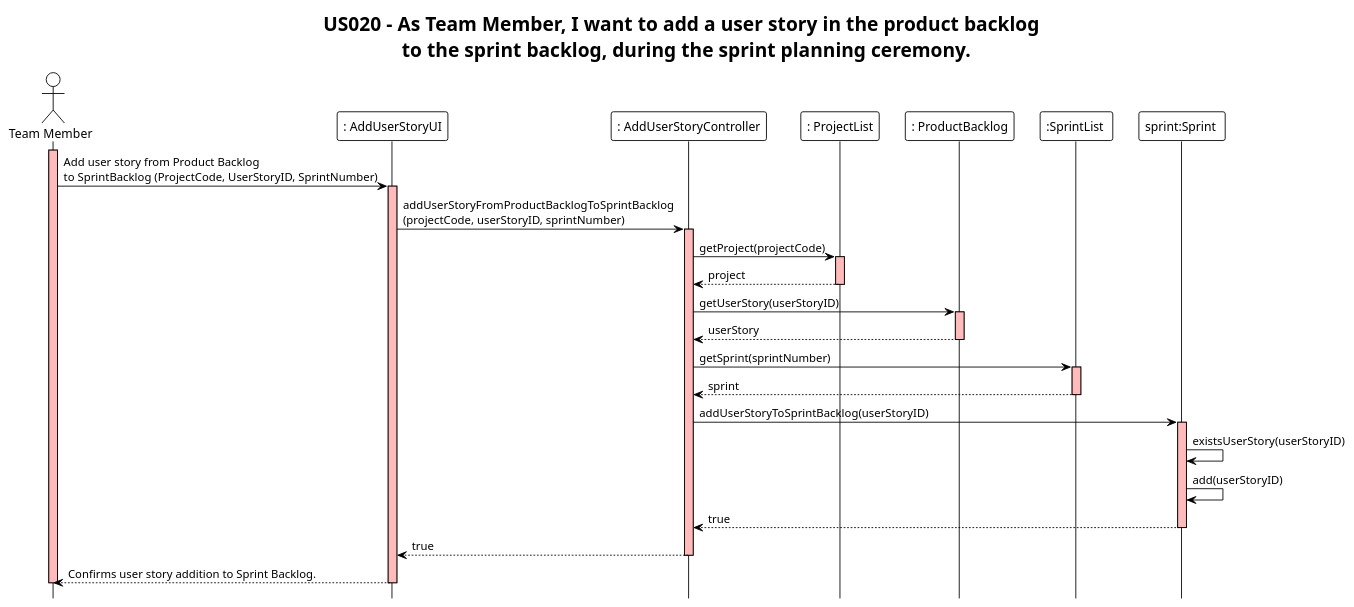
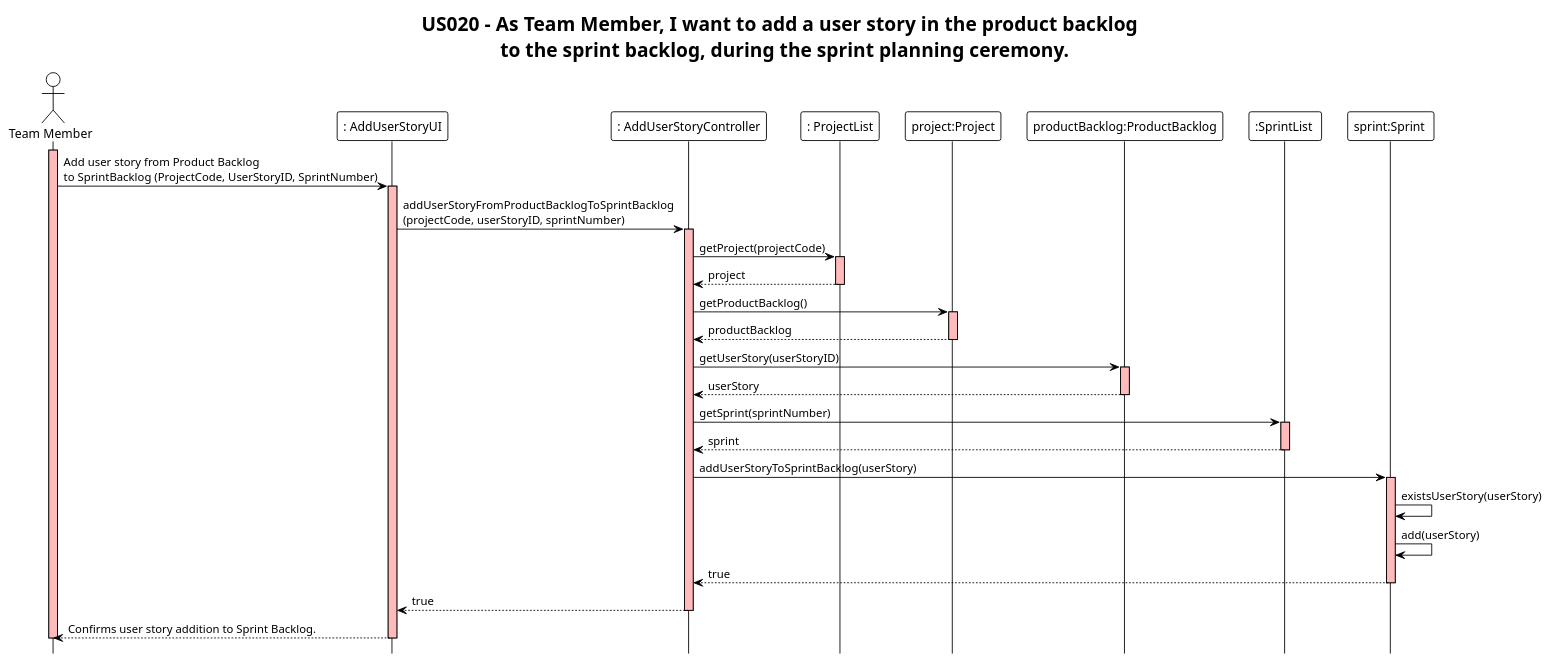
One commit to ivo-menezes/project_g3 changed the diagram in docs/modelling_design/user_stories/us020/US020_AddUserStoryFromProductBacklogToSprintBacklogSD.puml. Above: the diagram before and after it, drawn with PlantUML.

Commit message:
Design: US020: update SD

```diff
--- a/docs/modelling_design/user_stories/us020/US020_AddUserStoryFromProductBacklogToSprintBacklogSD.puml
+++ b/docs/modelling_design/user_stories/us020/US020_AddUserStoryFromProductBacklogToSprintBacklogSD.puml
@@ -1,48 +1,55 @@
 @startuml
 !theme plain
 hide footbox
 title US020 - As Team Member, I want to add a user story in the product backlog \n to the sprint backlog, during the sprint planning ceremony.
 
 actor "Team Member" as user
 participant ": AddUserStoryUI" as UI
 participant ": AddUserStoryController" as Controller
 participant ": ProjectList" as ProjectList
-participant ": ProductBacklog" as ProductBacklog
+participant "project:Project" as Project
+participant "productBacklog:ProductBacklog" as ProductBacklog
 participant ":SprintList " as SprintList
 participant "sprint:Sprint " as Sprint
 
 activate user #FFBBBB
 user -> UI:Add user story from Product Backlog \nto SprintBacklog (ProjectCode, UserStoryID, SprintNumber)
 
 activate UI #FFBBBB
 UI -> Controller:addUserStoryFromProductBacklogToSprintBacklog\n(projectCode, userStoryID, sprintNumber)
 
 activate Controller #FFBBBB
 Controller -> ProjectList:getProject(projectCode)
 activate ProjectList #FFBBBB
 ProjectList --> Controller:project
 deactivate ProjectList
 
+
+Controller -> Project:getProductBacklog()
+activate Project #FFBBBB
+Project --> Controller: productBacklog
+deactivate Project
+
 Controller -> ProductBacklog:getUserStory(userStoryID)
 activate ProductBacklog #FFBBBB
 ProductBacklog --> Controller:userStory
 deactivate ProductBacklog #FFBBBB
 
 Controller -> SprintList:getSprint(sprintNumber)
 activate SprintList #FFBBBB
 SprintList --> Controller: sprint
 deactivate SprintList #FFBBBB
 
-Controller -> Sprint:addUserStoryToSprintBacklog(userStoryID)
+Controller -> Sprint:addUserStoryToSprintBacklog(userStory)
 activate Sprint #FFBBBB
-Sprint -> Sprint:existsUserStory(userStoryID)
-Sprint -> Sprint:add(userStoryID)
+Sprint -> Sprint:existsUserStory(userStory)
+Sprint -> Sprint:add(userStory)
 Sprint --> Controller:true
 deactivate Sprint #FFBBBB
 Controller --> UI:true
 deactivate Controller #FFBBBB
 UI --> user:Confirms user story addition to Sprint Backlog.
 deactivate UI #FFBBBB
 deactivate user #FFBBBB
 
 @enduml
```
